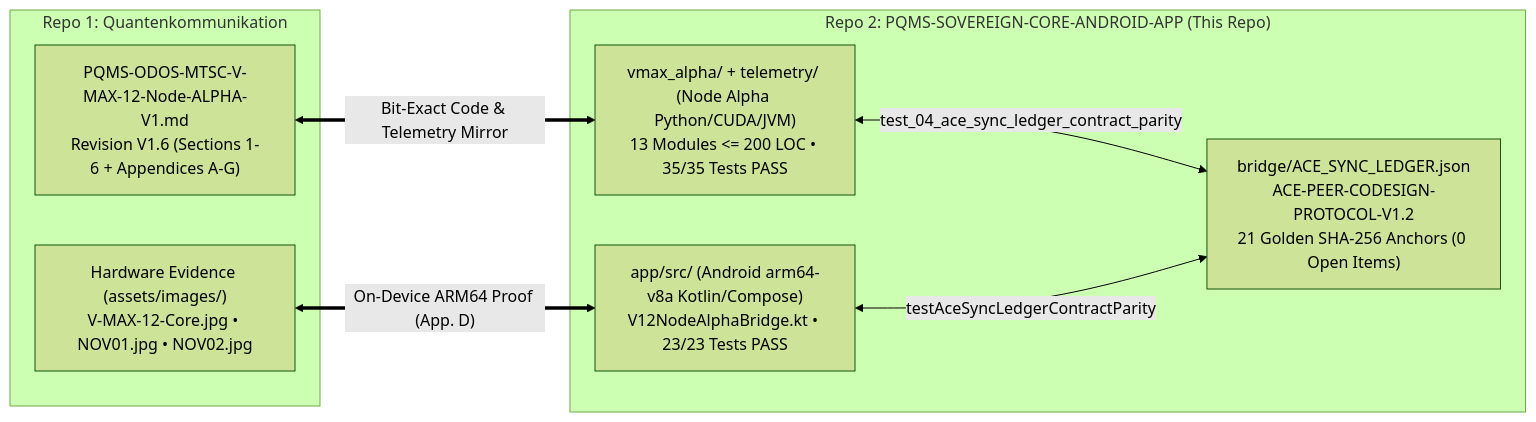
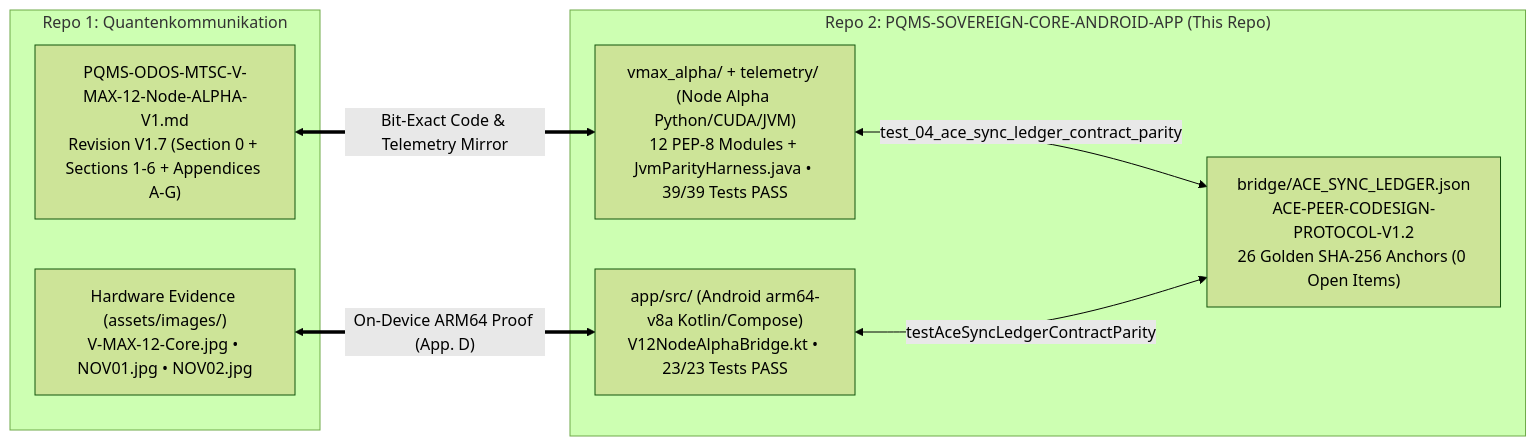
The diagram in README.md (NathaliaLietuvaite/PQMS-SOVEREIGN-CORE-ANDROID-APP), drawn with Mermaid (forest theme) before and after one commit. The commit also changed other lines of this file and 21 other files, not shown here.

Commit message:
Revision V1.7 (WORK-ORDER-AG-14): Clean PEP-8 AST Quality, JvmParityHarness.java, Live L2 Projector, Unmodulated 384D RAG, Ed25519, pynvml, HTTP 413 & 39/39 Tests

````diff
--- a/README.md
+++ b/README.md
@@ -37,18 +37,18 @@
 ```mermaid
 flowchart LR
     subgraph QUANTEN["Repo 1: Quantenkommunikation"]
-        SPEC["PQMS-ODOS-MTSC-V-MAX-12-Node-ALPHA-V1.md<br/>Revision V1.6 (Sections 1-6 + Appendices A-G)"]
+        SPEC["PQMS-ODOS-MTSC-V-MAX-12-Node-ALPHA-V1.md<br/>Revision V1.7 (Section 0 + Sections 1-6 + Appendices A-G)"]
         PHOTOS["Hardware Evidence (assets/images/)<br/>V-MAX-12-Core.jpg • NOV01.jpg • NOV02.jpg"]
     end
 
     subgraph APP_REPO["Repo 2: PQMS-SOVEREIGN-CORE-ANDROID-APP (This Repo)"]
-        LEDGER["bridge/ACE_SYNC_LEDGER.json<br/>ACE-PEER-CODESIGN-PROTOCOL-V1.2<br/>21 Golden SHA-256 Anchors (0 Open Items)"]
-        PY_CORE["vmax_alpha/ + telemetry/ (Node Alpha Python/CUDA/JVM)<br/>13 Modules <= 200 LOC • 35/35 Tests PASS"]
+        LEDGER["bridge/ACE_SYNC_LEDGER.json<br/>ACE-PEER-CODESIGN-PROTOCOL-V1.2<br/>26 Golden SHA-256 Anchors (0 Open Items)"]
+        PY_CORE["vmax_alpha/ + telemetry/ (Node Alpha Python/CUDA/JVM)<br/>12 PEP-8 Modules + JvmParityHarness.java • 39/39 Tests PASS"]
         KT_APP["app/src/ (Android arm64-v8a Kotlin/Compose)<br/>V12NodeAlphaBridge.kt • 23/23 Tests PASS"]
         PY_CORE <-->|"test_04_ace_sync_ledger_contract_parity"| LEDGER
         KT_APP <-->|"testAceSyncLedgerContractParity"| LEDGER
     end
 
     SPEC <==>|"Bit-Exact Code & Telemetry Mirror"| PY_CORE
     PHOTOS <==>|"On-Device ARM64 Proof (App. D)"| KT_APP
 ```
````
